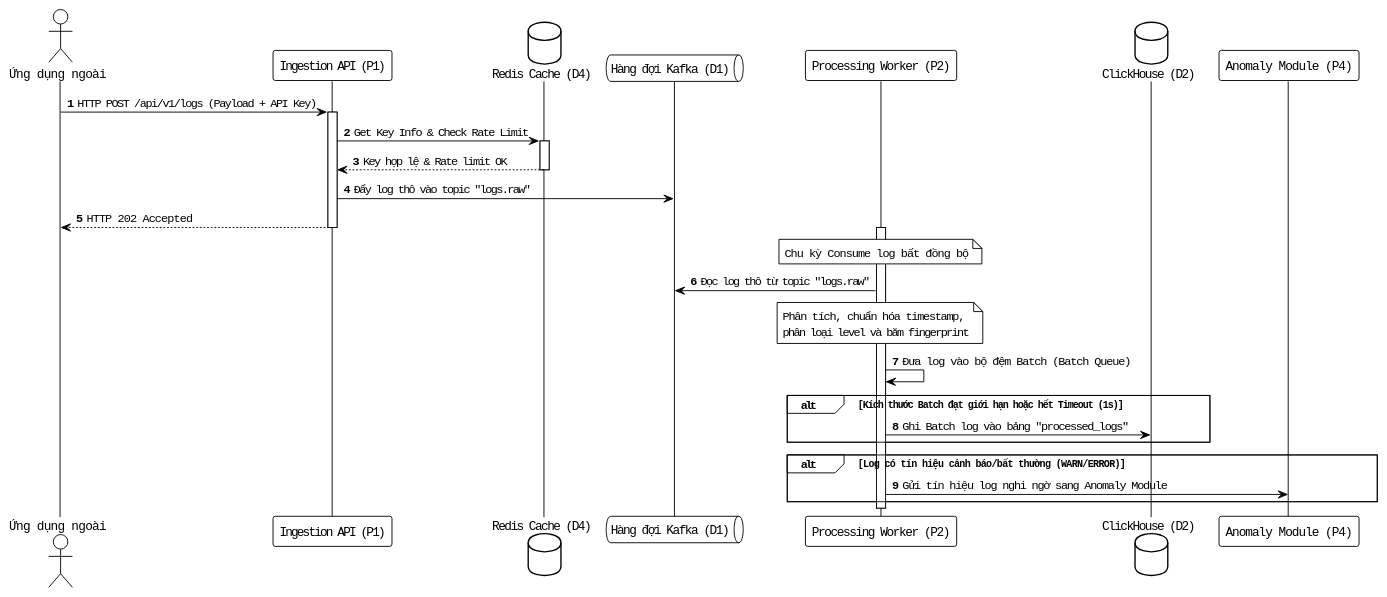
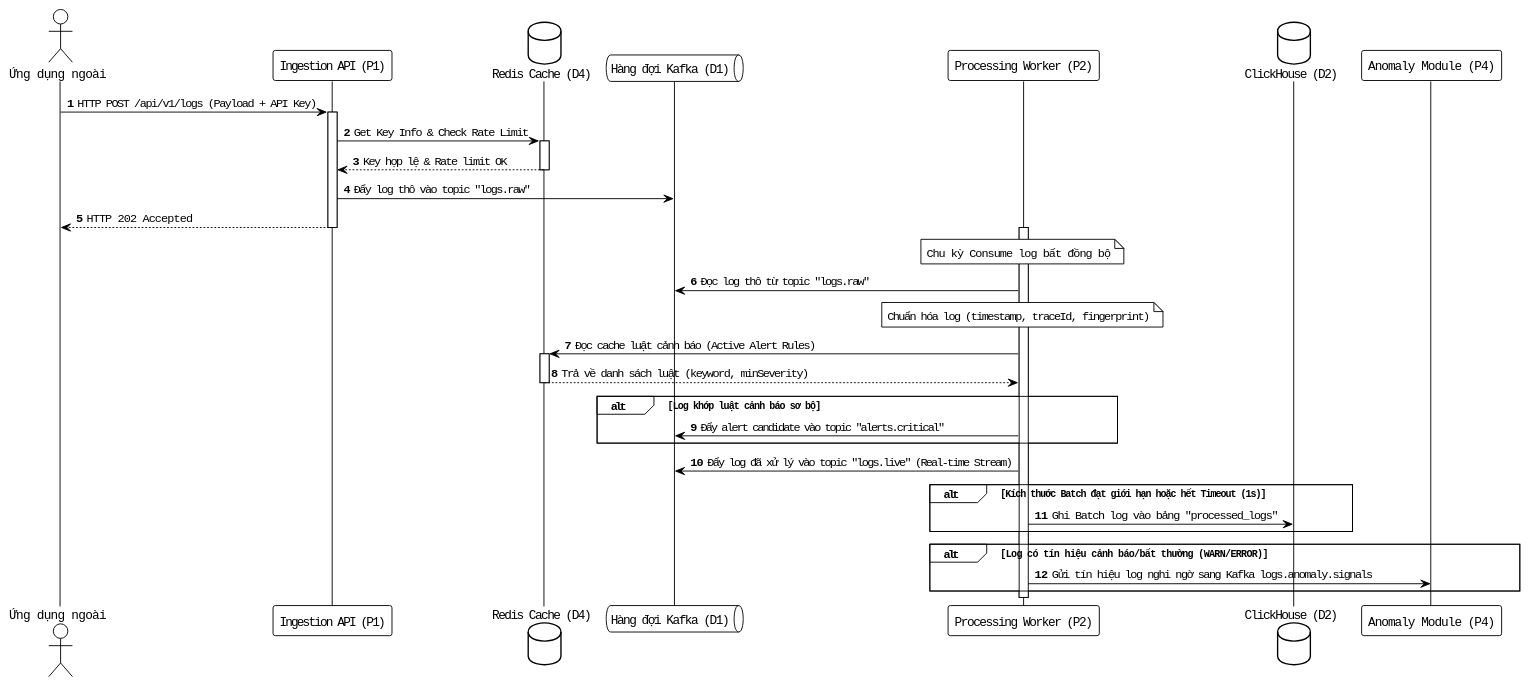
One commit to nguyentrongduc2005/log-monitoring-system changed the fourth of 14 diagrams in detailed-diagrams.md. Above: the diagram before and after it, drawn with PlantUML. The commit also changed other lines of this file, not shown here.

Commit message:
docs: update logs ingestion and processing diagrams to show active rules pre-filtering and live stream

````diff
--- a/detailed-diagrams.md
+++ b/detailed-diagrams.md
@@ -153,45 +162,55 @@
 ```plantuml
 @startuml
 !theme plain
 skinparam monochrome true
 skinparam shadowing false
 skinparam defaultFontName "Courier New"
 
 actor "Ứng dụng ngoài" as App
 participant "Ingestion API (P1)" as Ingest
 database "Redis Cache (D4)" as Redis
 queue "Hàng đợi Kafka (D1)" as Kafka
 participant "Processing Worker (P2)" as Worker
 database "ClickHouse (D2)" as CH
 participant "Anomaly Module (P4)" as Anomaly
 
 autonumber
 
 App -> Ingest : HTTP POST /api/v1/logs (Payload + API Key)
 activate Ingest
 Ingest -> Redis : Get Key Info & Check Rate Limit
 activate Redis
 Redis --> Ingest : Key hợp lệ & Rate limit OK
 deactivate Redis
 
 Ingest -> Kafka : Đẩy log thô vào topic "logs.raw"
 Ingest --> App : HTTP 202 Accepted
 deactivate Ingest
 
 Note over Worker : Chu kỳ Consume log bất đồng bộ
 activate Worker
 Worker -> Kafka : Đọc log thô từ topic "logs.raw"
-Note over Worker : Phân tích, chuẩn hóa timestamp,\nphân loại level và băm fingerprint
-Worker -> Worker : Đưa log vào bộ đệm Batch (Batch Queue)
+Note over Worker : Chuẩn hóa log (timestamp, traceId, fingerprint)
+
+Worker -> Redis : Đọc cache luật cảnh báo (Active Alert Rules)
+activate Redis
+Redis --> Worker : Trả về danh sách luật (keyword, minSeverity)
+deactivate Redis
+
+alt Log khớp luật cảnh báo sơ bộ
+    Worker -> Kafka : Đẩy alert candidate vào topic "alerts.critical"
+end
+
+Worker -> Kafka : Đẩy log đã xử lý vào topic "logs.live" (Real-time Stream)
 
 alt Kích thước Batch đạt giới hạn hoặc hết Timeout (1s)
     Worker -> CH : Ghi Batch log vào bảng "processed_logs"
 end
 
 alt Log có tín hiệu cảnh báo/bất thường (WARN/ERROR)
-    Worker -> Anomaly : Gửi tín hiệu log nghi ngờ sang Anomaly Module
+    Worker -> Anomaly : Gửi tín hiệu log nghi ngờ sang Kafka logs.anomaly.signals
 end
 deactivate Worker
 
 @enduml
 ```
````
